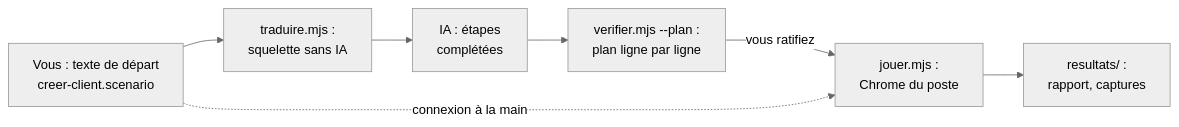
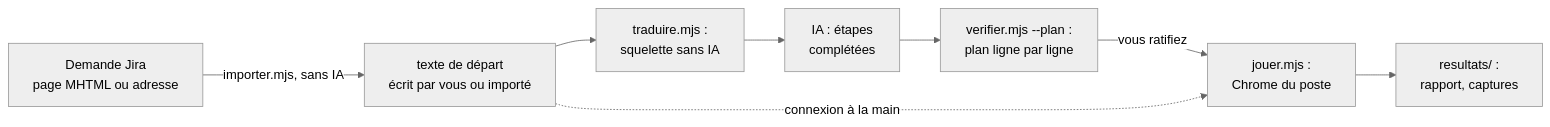
One commit to FredGarcia/Agent2Prompt changed the diagram in docs/scenario-playwright/mode-emploi.md. Above: the diagram before and after it, drawn with Mermaid (neutral theme). The commit also changed other lines of this file and 21 other files, not shown here.

First line of the commit message:
spec(scenario-playwright): version 1.1.0, scénarios importés d'une demande Jira

````diff
--- a/docs/scenario-playwright/mode-emploi.md
+++ b/docs/scenario-playwright/mode-emploi.md
@@ -5,9 +5,10 @@
 ```mermaid
 flowchart LR
-  V["Vous : texte de départ<br/>creer-client.scenario"] --> T["traduire.mjs :<br/>squelette sans IA"]
+  JI["Demande Jira<br/>page MHTML ou adresse"] -->|"importer.mjs, sans IA"| V
+  V["texte de départ<br/>écrit par vous ou importé"] --> T["traduire.mjs :<br/>squelette sans IA"]
   T --> IA["IA : étapes<br/>complétées"]
   IA --> P["verifier.mjs --plan :<br/>plan ligne par ligne"]
   P -->|"vous ratifiez"| J["jouer.mjs :<br/>Chrome du poste"]
   V -.->|"connexion à la main"| J
   J --> R["resultats/ :<br/>rapport, captures"]
 ```
````
